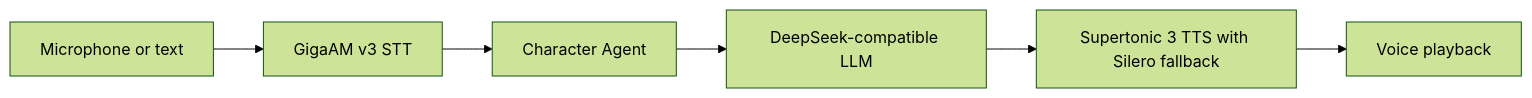
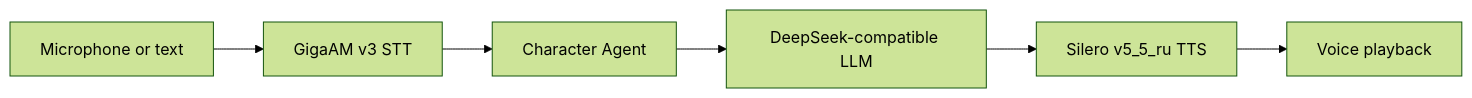
Before and after one commit to bad1and/NeuroAsist: the first of 2 diagrams in README.md, drawn with Mermaid (forest theme). The commit also changed other lines of this file and 25 other files, not shown here.

First line of the commit message:
Silero v5_5_ru TTS (48 кГц)

````diff
--- a/README.md
+++ b/README.md
@@ -28,8 +28,8 @@
 ```mermaid
 flowchart LR
     A[Microphone or text] --> B[GigaAM v3 STT]
     B --> C[Character Agent]
     C --> D[DeepSeek-compatible LLM]
-    D --> E[Supertonic 3 TTS with Silero fallback]
+    D --> E[Silero v5_5_ru TTS]
     E --> F[Voice playback]
 ```
````
